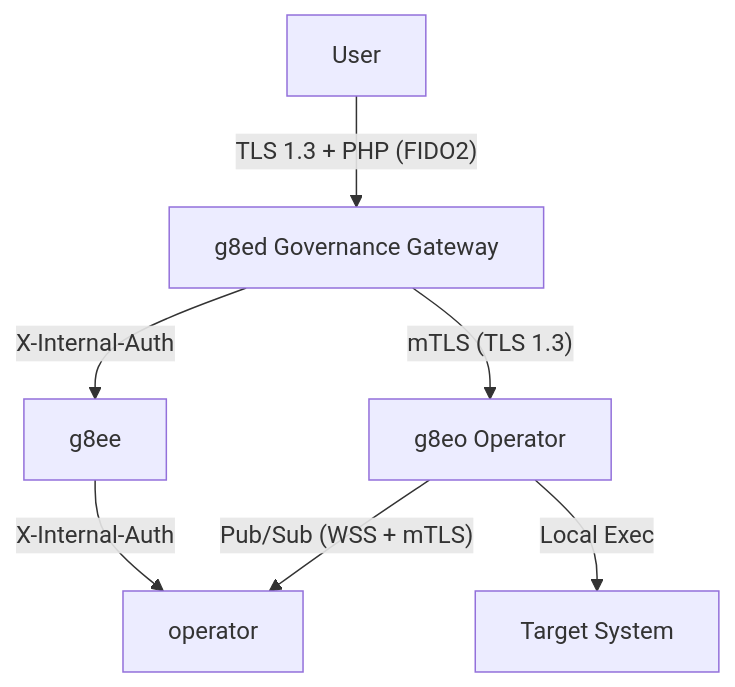
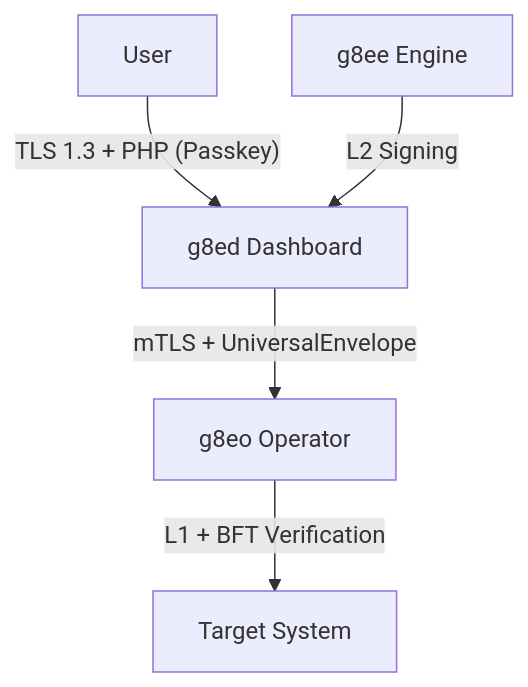
One commit to g8e-ai/g8e changed the diagram in docs/architecture/security.md. Above: the diagram before and after it, drawn with Mermaid. The commit also changed other lines of this file and 47 other files, not shown here.

````diff
--- a/docs/architecture/security.md
+++ b/docs/architecture/security.md
@@ -32,9 +61,7 @@
 ```mermaid
 graph TD
-    User[User] -- "TLS 1.3 + PHP (FIDO2)" --> g8ed
-    g8ed[g8ed Governance Gateway] -- "X-Internal-Auth" --> g8ee
-    g8ed -- "mTLS (TLS 1.3)" --> g8eo
-    g8ee -- "X-Internal-Auth" --> operator
-    g8eo[g8eo Operator] -- "Pub/Sub (WSS + mTLS)" --> operator
-    g8eo -- "Local Exec" --> Host[Target System]
+    User[User] -- "TLS 1.3 + PHP (Passkey)" --> g8ed
+    g8ed[g8ed Dashboard] -- "mTLS + UniversalEnvelope" --> g8eo
+    g8ee[g8ee Engine] -- "L2 Signing" --> g8ed
+    g8eo[g8eo Operator] -- "L1 + BFT Verification" --> Host[Target System]
 ```
````
